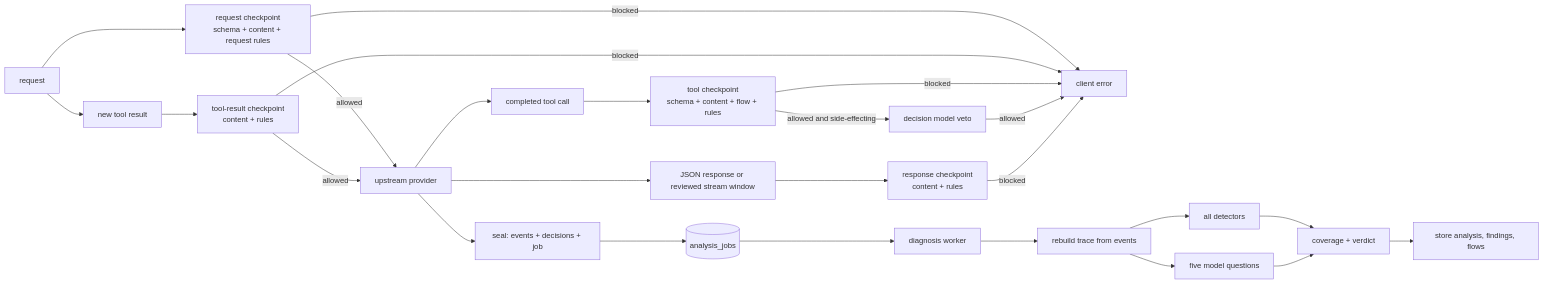
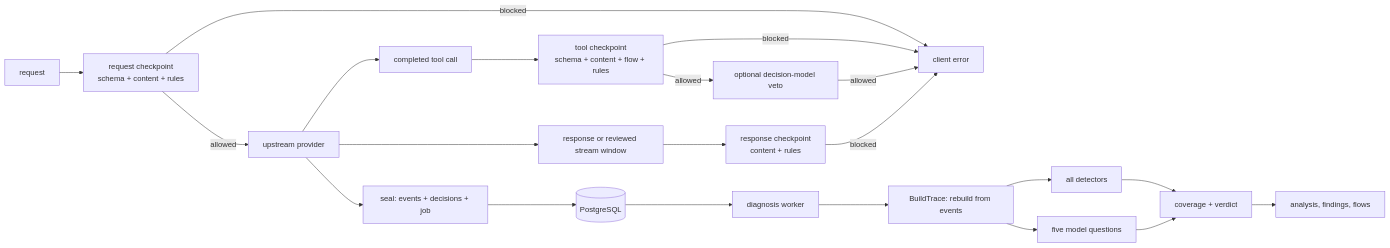
The diagram in docs/agent/analysis.md (yv1ing/SafeAgent), drawn with Mermaid before and after one commit. The commit also changed other lines of this file and 494 other files, not shown here.

````diff
--- a/docs/agent/analysis.md
+++ b/docs/agent/analysis.md
@@ -5,27 +5,23 @@
 ```mermaid
 flowchart LR
-    Request["request"] --> Admission["request checkpoint<br/>schema + content + request rules"]
+    Request["request"] --> Admission["request checkpoint<br/>schema + content + rules"]
     Admission -->|allowed| Provider["upstream provider"]
     Admission -->|blocked| Client["client error"]
-    Request --> Result["new tool result"]
-    Result --> ResultGate["tool-result checkpoint<br/>content + rules"]
-    ResultGate -->|blocked| Client
-    ResultGate -->|allowed| Provider
     Provider --> Tool["completed tool call"]
     Tool --> ToolGate["tool checkpoint<br/>schema + content + flow + rules"]
-    ToolGate -->|allowed and side-effecting| Veto["decision model veto"]
+    ToolGate -->|allowed| Veto["optional decision-model veto"]
     ToolGate -->|blocked| Client
     Veto -->|allowed| Client
-    Provider --> Response["JSON response or reviewed stream window"]
+    Provider --> Response["response or reviewed stream window"]
     Response --> ResponseGate["response checkpoint<br/>content + rules"]
     ResponseGate -->|blocked| Client
     Provider --> Seal["seal: events + decisions + job"]
-    Seal --> DB[("analysis_jobs")]
+    Seal --> DB[("PostgreSQL")]
     DB --> Worker["diagnosis worker"]
-    Worker --> Replay["rebuild trace from events"]
-    Replay --> Detectors["all detectors"]
-    Replay --> Questions["five model questions"]
+    Worker --> Rebuild["BuildTrace: rebuild from events"]
+    Rebuild --> Detectors["all detectors"]
+    Rebuild --> Questions["five model questions"]
     Detectors --> Verdict["coverage + verdict"]
     Questions --> Verdict
-    Verdict --> Store["store analysis, findings, flows"]
+    Verdict --> Store["analysis, findings, flows"]
 ```
````
